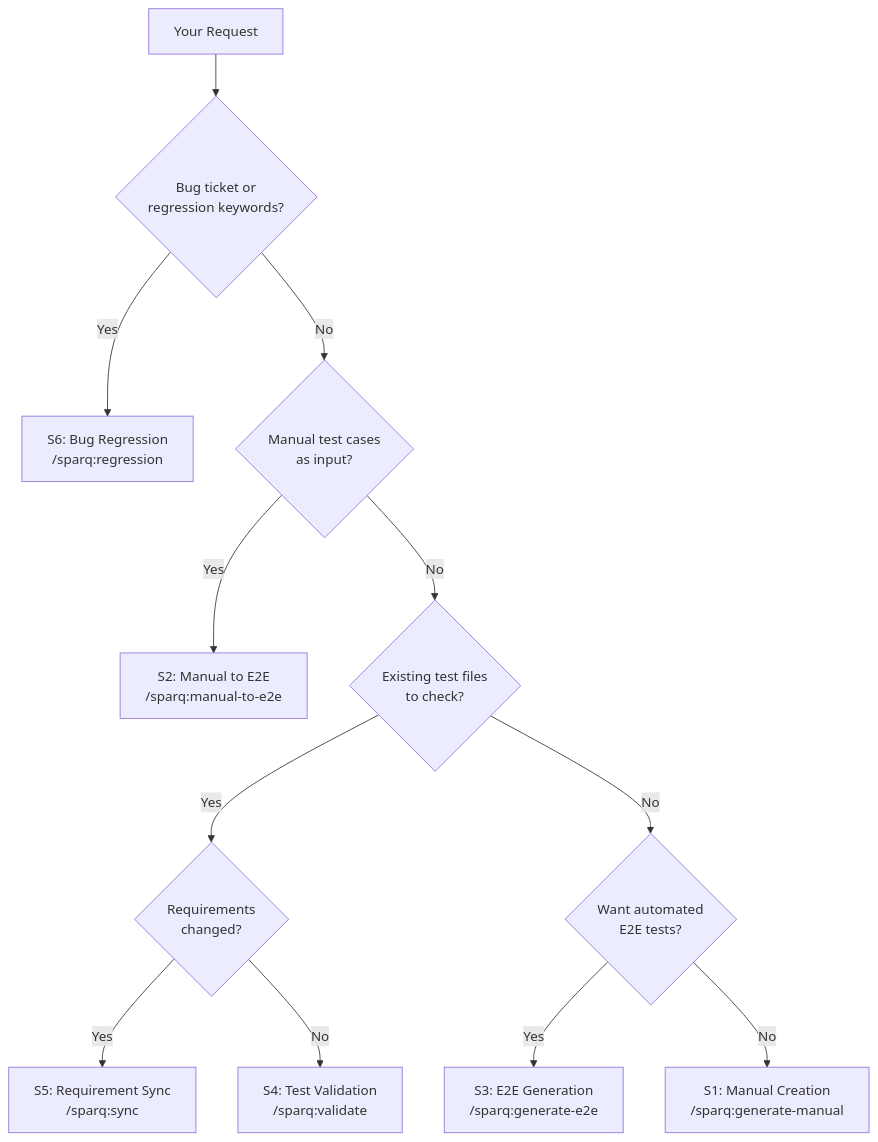
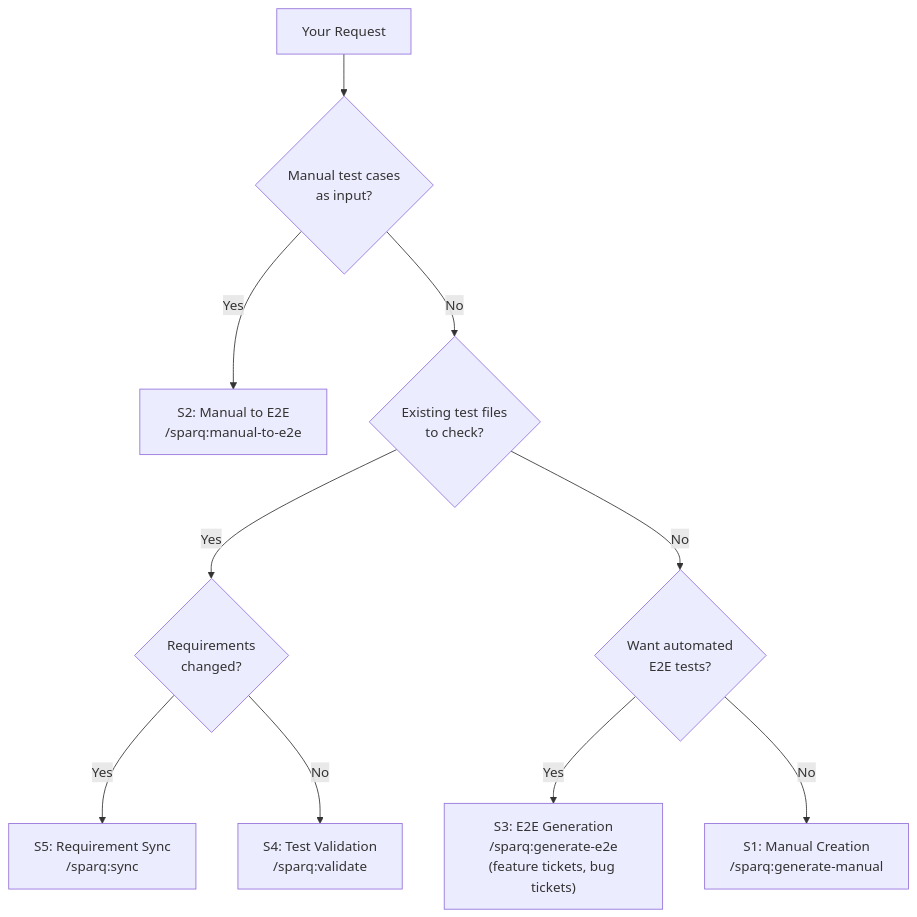
One commit to STUkh/sparq-assistant changed the first of 2 diagrams in docs/GETTING-STARTED.md. Above: the diagram before and after it, drawn with Mermaid. The commit also changed other lines of this file and 276 other files, not shown here.

````diff
--- a/docs/GETTING-STARTED.md
+++ b/docs/GETTING-STARTED.md
@@ -108,14 +113,12 @@
 ```mermaid
 flowchart TD
-  Start[Your Request] --> Q0{Bug ticket or<br/>regression keywords?}
-  Q0 -->|Yes| S6["S6: Bug Regression<br/>/sparq:regression"]
-  Q0 -->|No| Q1{Manual test cases<br/>as input?}
+  Start[Your Request] --> Q1{Manual test cases<br/>as input?}
   Q1 -->|Yes| S2["S2: Manual to E2E<br/>/sparq:manual-to-e2e"]
   Q1 -->|No| Q2{Existing test files<br/>to check?}
   Q2 -->|Yes| Q4{Requirements<br/>changed?}
   Q4 -->|Yes| S5["S5: Requirement Sync<br/>/sparq:sync"]
   Q4 -->|No| S4["S4: Test Validation<br/>/sparq:validate"]
   Q2 -->|No| Q3{Want automated<br/>E2E tests?}
-  Q3 -->|Yes| S3["S3: E2E Generation<br/>/sparq:generate-e2e"]
+  Q3 -->|Yes| S3["S3: E2E Generation<br/>/sparq:generate-e2e<br/>(feature tickets, bug tickets)"]
   Q3 -->|No| S1["S1: Manual Creation<br/>/sparq:generate-manual"]
 ```
````
